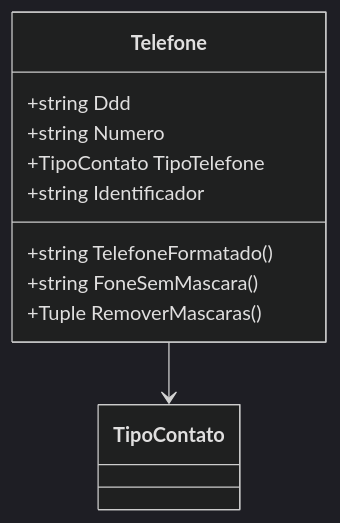
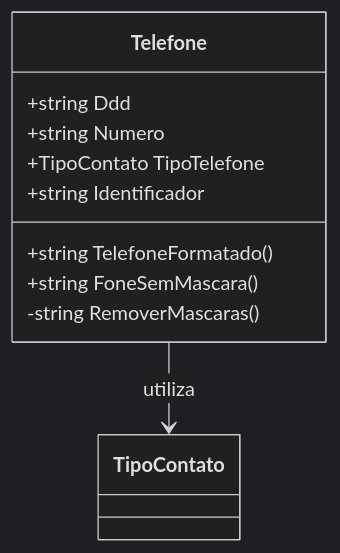
The second of 2 diagrams in docs/b2b-dominio/IsthmusWinthor.Nucleo/IsthmusWinthor.Dominio/POCO/Shared/Telefone.md (IsthmusSistemas/documentacao-tecnica), drawn with Mermaid (dark theme) before and after one commit. The commit also changed other lines of this file and 882 other files, not shown here.

````diff
--- a/docs/b2b-dominio/IsthmusWinthor.Nucleo/IsthmusWinthor.Dominio/POCO/Shared/Telefone.md
+++ b/docs/b2b-dominio/IsthmusWinthor.Nucleo/IsthmusWinthor.Dominio/POCO/Shared/Telefone.md
@@ -65,13 +54,14 @@
 ```mermaid
 classDiagram
     class Telefone {
         +string Ddd
         +string Numero
         +TipoContato TipoTelefone
         +string Identificador
         +string TelefoneFormatado()
         +string FoneSemMascara()
-        +Tuple RemoverMascaras()
+        -string RemoverMascaras()
     }
-    Telefone --> TipoContato
+
+    Telefone --> TipoContato : utiliza
 ```
````
